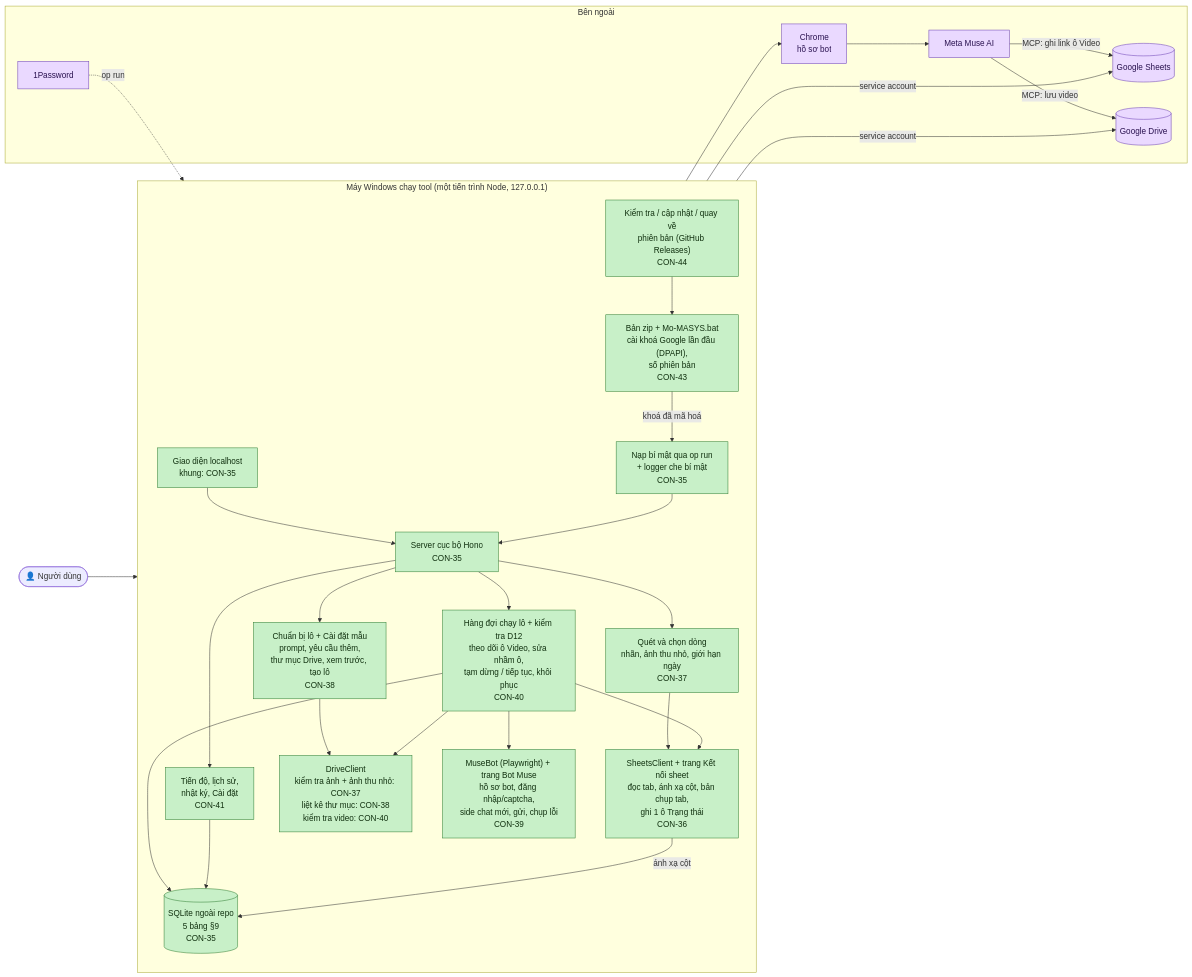
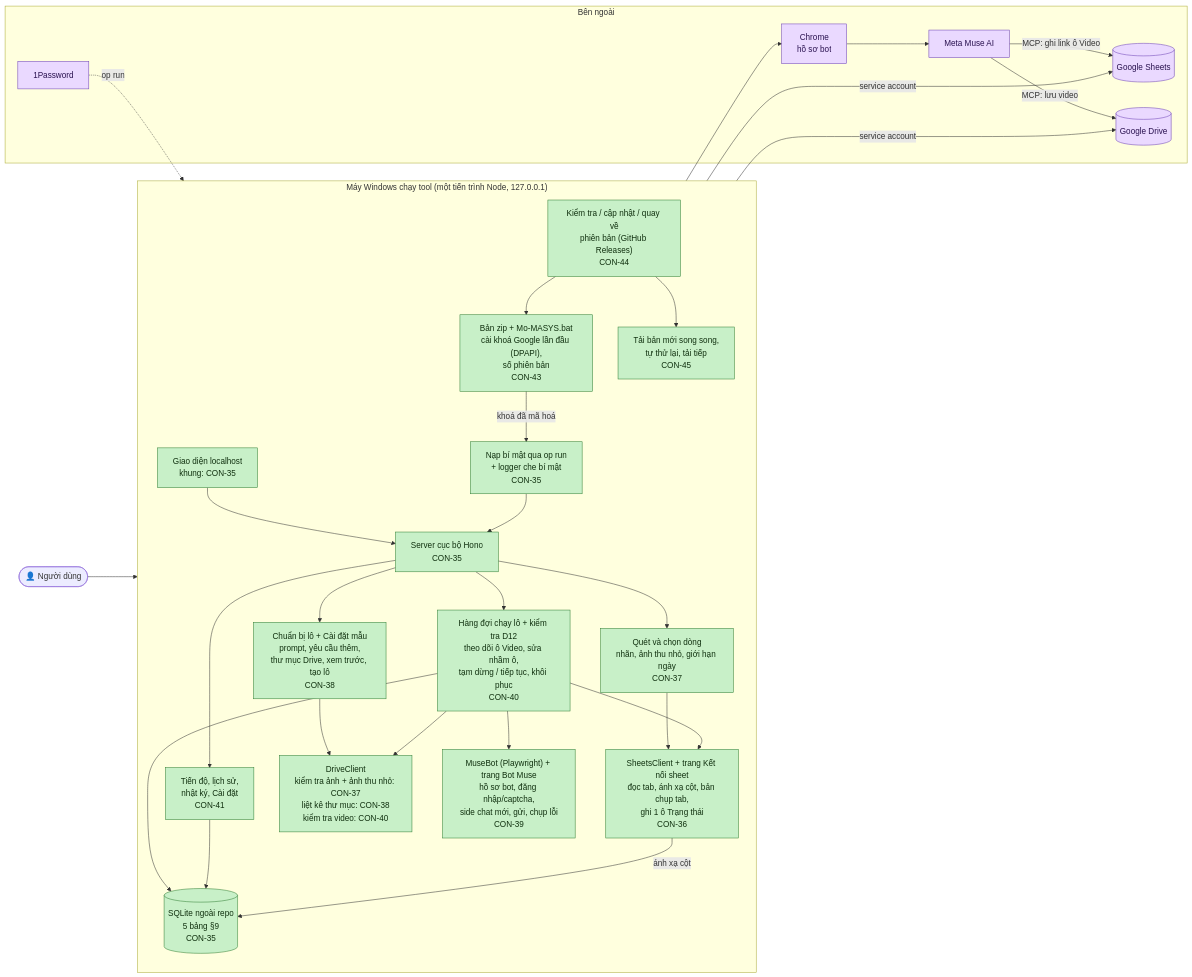
Before and after one commit to Bach1711/MASYS-VIDEO-GENERATOR: the diagram in TIEN-DO.md, drawn with Mermaid. The commit also changed other lines of this file and 9 other files, not shown here.

First line of the commit message:
CON-45: v1.0.2 — cập nhật trong tool tải song song, tự thử lại, tải tiếp (#13)

````diff
--- a/TIEN-DO.md
+++ b/TIEN-DO.md
@@ -17,63 +17,66 @@
 ```mermaid
 flowchart LR
     user(["👤 Người dùng"])
 
     subgraph PC["Máy Windows chạy tool (một tiến trình Node, 127.0.0.1)"]
         direction TB
         ui["Giao diện localhost<br/>khung: CON-35"]
         server["Server cục bộ Hono<br/>CON-35"]
         secrets["Nạp bí mật qua op run<br/>+ logger che bí mật<br/>CON-35"]
         db[("SQLite ngoài repo<br/>5 bảng §9<br/>CON-35")]
 
         sheet["SheetsClient + trang Kết nối sheet<br/>đọc tab, ánh xạ cột, bản chụp tab,<br/>ghi 1 ô Trạng thái<br/>CON-36"]
         scan["Quét và chọn dòng<br/>nhãn, ảnh thu nhỏ, giới hạn ngày<br/>CON-37"]
         editor["Chuẩn bị lô + Cài đặt mẫu<br/>prompt, yêu cầu thêm,<br/>thư mục Drive, xem trước, tạo lô<br/>CON-38"]
         bot["MuseBot (Playwright) + trang Bot Muse<br/>hồ sơ bot, đăng nhập/captcha,<br/>side chat mới, gửi, chụp lỗi<br/>CON-39"]
         queue["Hàng đợi chạy lô + kiểm tra D12<br/>theo dõi ô Video, sửa nhầm ô,<br/>tạm dừng / tiếp tục, khôi phục<br/>CON-40"]
         drive["DriveClient<br/>kiểm tra ảnh + ảnh thu nhỏ: CON-37<br/>liệt kê thư mục: CON-38<br/>kiểm tra video: CON-40"]
         progress["Tiến độ, lịch sử,<br/>nhật ký, Cài đặt<br/>CON-41"]
         pack["Bản zip + Mo-MASYS.bat<br/>cài khoá Google lần đầu (DPAPI),<br/>số phiên bản<br/>CON-43"]
         update["Kiểm tra / cập nhật / quay về<br/>phiên bản (GitHub Releases)<br/>CON-44"]
+        download["Tải bản mới song song,<br/>tự thử lại, tải tiếp<br/>CON-45"]
     end
 
     subgraph EXT["Bên ngoài"]
         gsheets[("Google Sheets")]
         gdrive[("Google Drive")]
         chrome["Chrome<br/>hồ sơ bot"]
         muse["Meta Muse AI"]
         op["1Password"]
     end
 
     user --> ui --> server
     server --> scan & editor & progress
     scan --> sheet
     editor --> drive
     server --> queue
     queue --> sheet & drive & bot
     queue --> db
     progress --> db
     sheet -- "ánh xạ cột" --> db
     sheet -- "service account" --> gsheets
     drive -- "service account" --> gdrive
     bot --> chrome --> muse
     muse -- "MCP: lưu video" --> gdrive
     muse -- "MCP: ghi link ô Video" --> gsheets
     op -. "op run" .-> secrets --> server
     pack -- "khoá đã mã hoá" --> secrets
     update --> pack
+    update --> download
 
     classDef done fill:#c8f0c8,stroke:#2e7d32,color:#10300f
     classDef review fill:#cfe3ff,stroke:#1f5fbf,color:#0c2550
     classDef doing fill:#fff1b8,stroke:#b38600,color:#3d2e00
     classDef todo fill:#eeeeee,stroke:#9e9e9e,color:#333333
     classDef ext fill:#ead9ff,stroke:#6a3fb5,color:#2a1250
 
     class ui,server,secrets,db,sheet,scan,editor done
     class drive done
     class bot done
     class queue done
     class progress done
     class pack done
     class update done
+    class download done
     class gsheets,gdrive,chrome,muse,op ext
 ```
````
